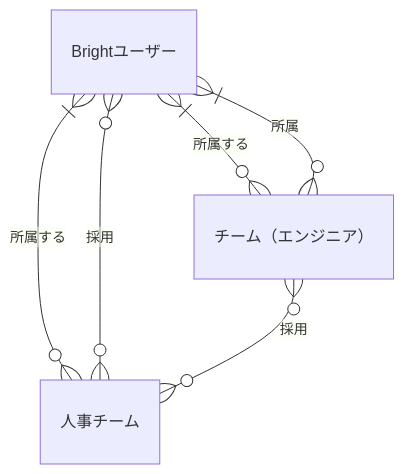
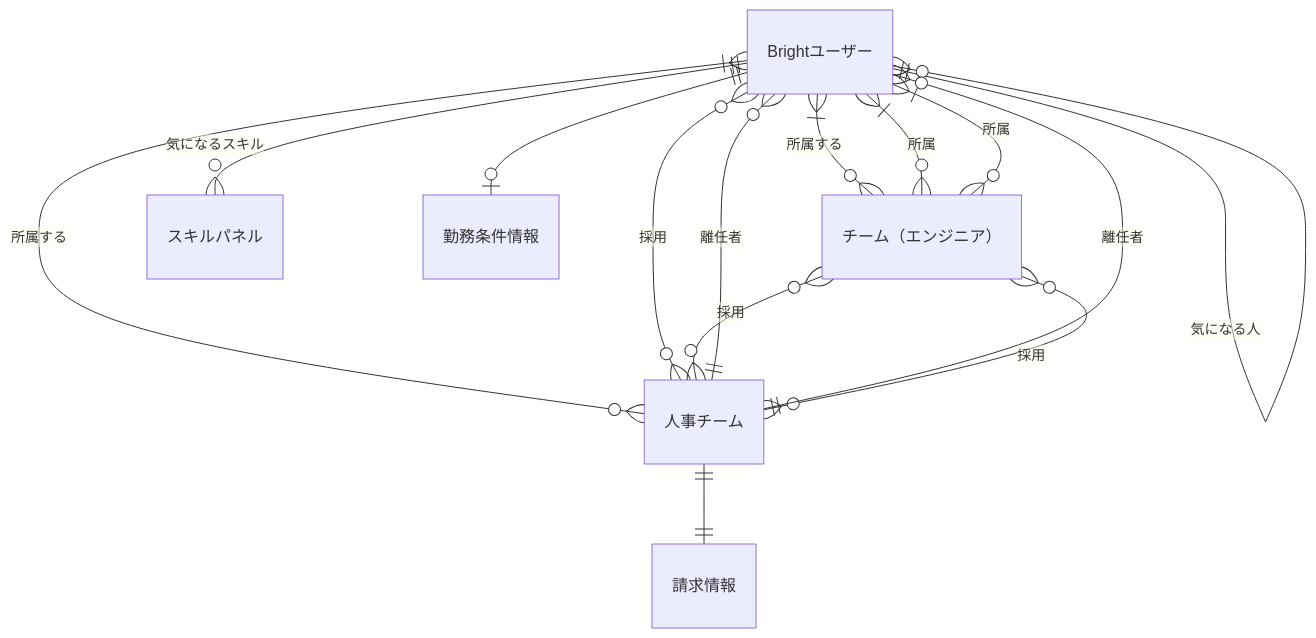
The first of 8 diagrams in docs/conceptual_schemas/users.md (bright-org/bright), drawn with Mermaid before and after one commit. The commit also changed other lines of this file, not shown here.

````diff
--- a/docs/conceptual_schemas/users.md
+++ b/docs/conceptual_schemas/users.md
@@ -15,8 +16,16 @@
 ```mermaid
 erDiagram
   "Brightユーザー"}|--o{"チーム（エンジニア）" : "所属する"
   "Brightユーザー"}|--o{"人事チーム" : "所属する"
   "Brightユーザー"}|--o{"チーム（エンジニア）" : "所属"
   "Brightユーザー"}o--o{"人事チーム" : "採用"
   "チーム（エンジニア）"}o--o{"人事チーム" : "採用"
+  "人事チーム"||--||"請求情報" : ""
+  "Brightユーザー"||--o{"Brightユーザー" : "気になる人"
+  "Brightユーザー"||--o{"スキルパネル" : "気になるスキル"
+  "Brightユーザー"||--o|"勤務条件情報" : ""
+  "Brightユーザー"}o--||"人事チーム" : "離任者"
+  "Brightユーザー"}|--o{"チーム（エンジニア）" : "所属"
+  "人事チーム"}o--o{"チーム（エンジニア）" : "採用"
+  "Brightユーザー"}o--||"人事チーム" : "離任者"
 ```
````
